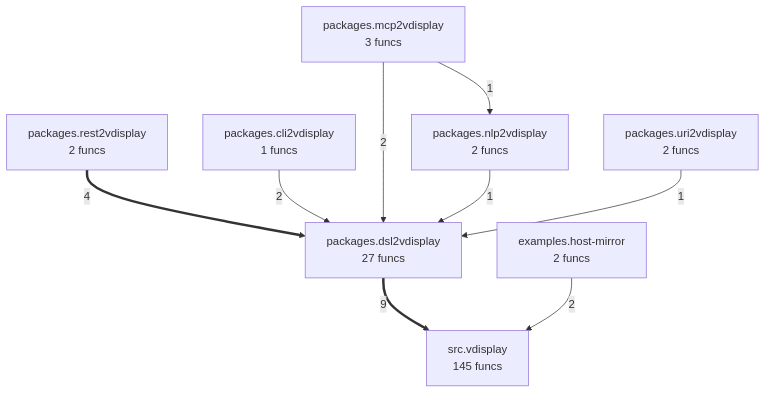
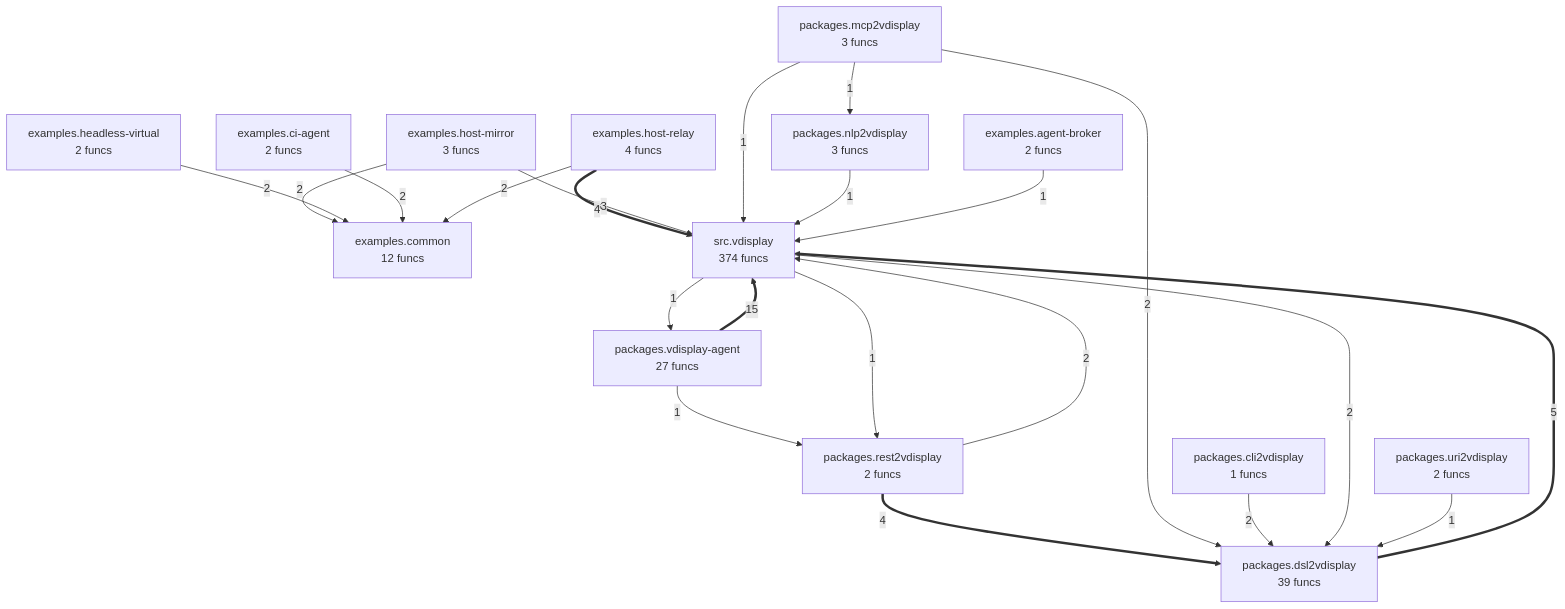
Before and after one commit to wronai/vdisplay: the diagram in project/compact_flow.mmd, drawn with Mermaid. The commit also changed 152 other files, not shown here.

```diff
--- a/project/compact_flow.mmd
+++ b/project/compact_flow.mmd
@@ -1,18 +1,37 @@
 flowchart TD
-%% generated in 0.01s
-    examples__host_mirror["examples.host-mirror<br/>2 funcs"]
+%% generated in 0.02s
+    examples__agent_broker["examples.agent-broker<br/>2 funcs"]
+    examples__ci_agent["examples.ci-agent<br/>2 funcs"]
+    examples__common["examples.common<br/>12 funcs"]
+    examples__headless_virtual["examples.headless-virtual<br/>2 funcs"]
+    examples__host_mirror["examples.host-mirror<br/>3 funcs"]
+    examples__host_relay["examples.host-relay<br/>4 funcs"]
     packages__cli2vdisplay["packages.cli2vdisplay<br/>1 funcs"]
-    packages__dsl2vdisplay["packages.dsl2vdisplay<br/>27 funcs"]
+    packages__dsl2vdisplay["packages.dsl2vdisplay<br/>39 funcs"]
     packages__mcp2vdisplay["packages.mcp2vdisplay<br/>3 funcs"]
-    packages__nlp2vdisplay["packages.nlp2vdisplay<br/>2 funcs"]
+    packages__nlp2vdisplay["packages.nlp2vdisplay<br/>3 funcs"]
     packages__rest2vdisplay["packages.rest2vdisplay<br/>2 funcs"]
     packages__uri2vdisplay["packages.uri2vdisplay<br/>2 funcs"]
-    src__vdisplay["src.vdisplay<br/>145 funcs"]
-    packages__dsl2vdisplay ==>|9| src__vdisplay
+    packages__vdisplay_agent["packages.vdisplay-agent<br/>27 funcs"]
+    src__vdisplay["src.vdisplay<br/>374 funcs"]
+    packages__vdisplay_agent ==>|15| src__vdisplay
+    packages__dsl2vdisplay ==>|5| src__vdisplay
     packages__rest2vdisplay ==>|4| packages__dsl2vdisplay
+    examples__host_relay ==>|4| src__vdisplay
+    examples__host_mirror -->|3| src__vdisplay
+    packages__mcp2vdisplay -->|2| packages__dsl2vdisplay
     packages__cli2vdisplay -->|2| packages__dsl2vdisplay
-    packages__mcp2vdisplay -->|2| packages__dsl2vdisplay
-    examples__host_mirror -->|2| src__vdisplay
-    packages__nlp2vdisplay -->|1| packages__dsl2vdisplay
+    packages__rest2vdisplay -->|2| src__vdisplay
+    examples__host_mirror -->|2| examples__common
+    examples__headless_virtual -->|2| examples__common
+    examples__ci_agent -->|2| examples__common
+    examples__host_relay -->|2| examples__common
+    src__vdisplay -->|2| packages__dsl2vdisplay
+    packages__mcp2vdisplay -->|1| src__vdisplay
     packages__mcp2vdisplay -->|1| packages__nlp2vdisplay
     packages__uri2vdisplay -->|1| packages__dsl2vdisplay
+    packages__nlp2vdisplay -->|1| src__vdisplay
+    packages__vdisplay_agent -->|1| packages__rest2vdisplay
+    src__vdisplay -->|1| packages__rest2vdisplay
+    examples__agent_broker -->|1| src__vdisplay
+    src__vdisplay -->|1| packages__vdisplay_agent
```
